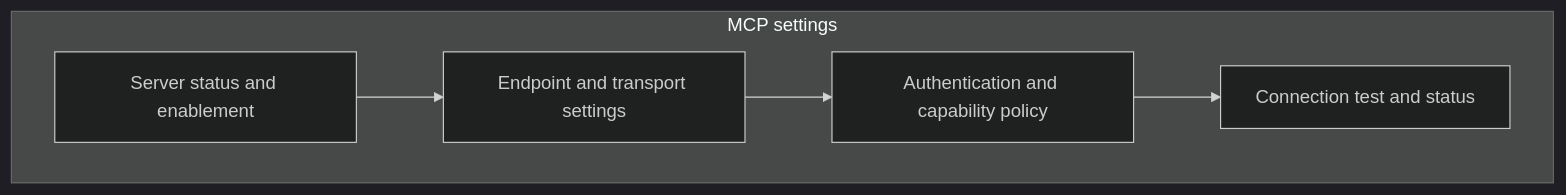
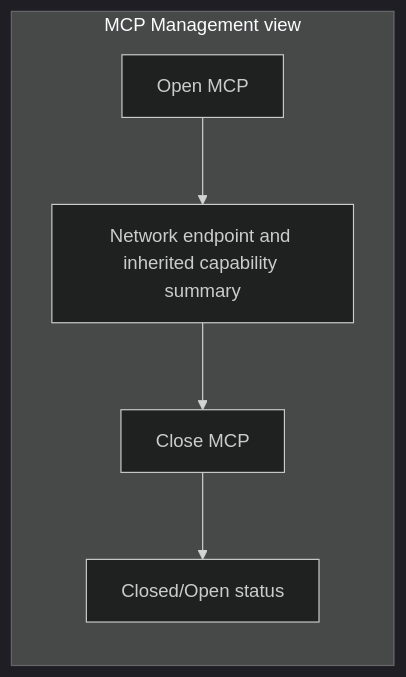
One commit to ATreep/DocSeek changed diagram 19 of 19 in docs/superpowers/specs/2026-08-15-docseek-detailed-prd.md. Above: the diagram before and after it, drawn with Mermaid (dark theme). The commit also changed other lines of this file and 1 other file, not shown here.

Commit message:
docs: revise DocSeek for Neo4j GraphRAG architecture

````diff
--- a/docs/superpowers/specs/2026-08-15-docseek-detailed-prd.md
+++ b/docs/superpowers/specs/2026-08-15-docseek-detailed-prd.md
@@ -318,11 +588,13 @@
 ```mermaid
 flowchart LR
-  subgraph MCP_SETTINGS_PAGE["MCP settings"]
-    direction LR
-    MCP_STATUS["Server status and enablement"]
-    MCP_ENDPOINT["Endpoint and transport settings"]
-    MCP_AUTH["Authentication and capability policy"]
-    MCP_TEST["Connection test and status"]
+  subgraph MCP_PAGE["MCP Management view"]
+    direction TB
+    STATUS["Closed/Open status"]
+    OPEN["Open MCP"]
+    CLOSE["Close MCP"]
+    ENDPOINT["Network endpoint and inherited capability summary"]
   end
-  MCP_STATUS --> MCP_ENDPOINT --> MCP_AUTH --> MCP_TEST
+  OPEN --> ENDPOINT
+  ENDPOINT --> CLOSE
+  CLOSE --> STATUS
 ```
````
